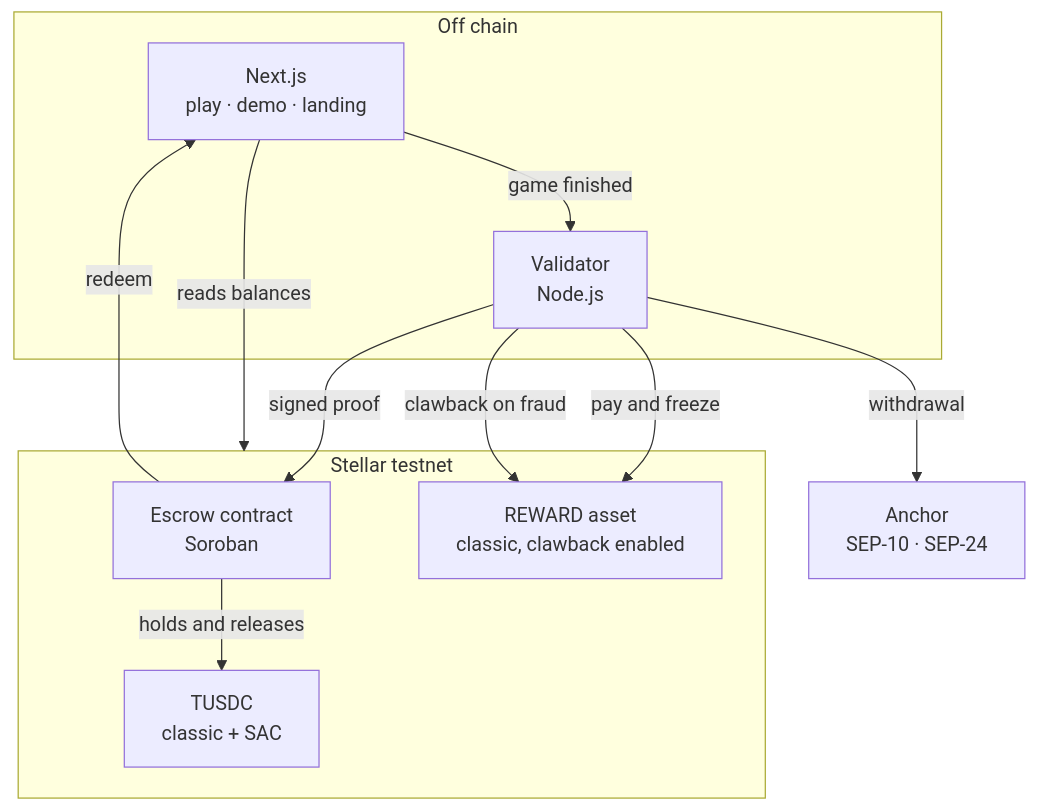
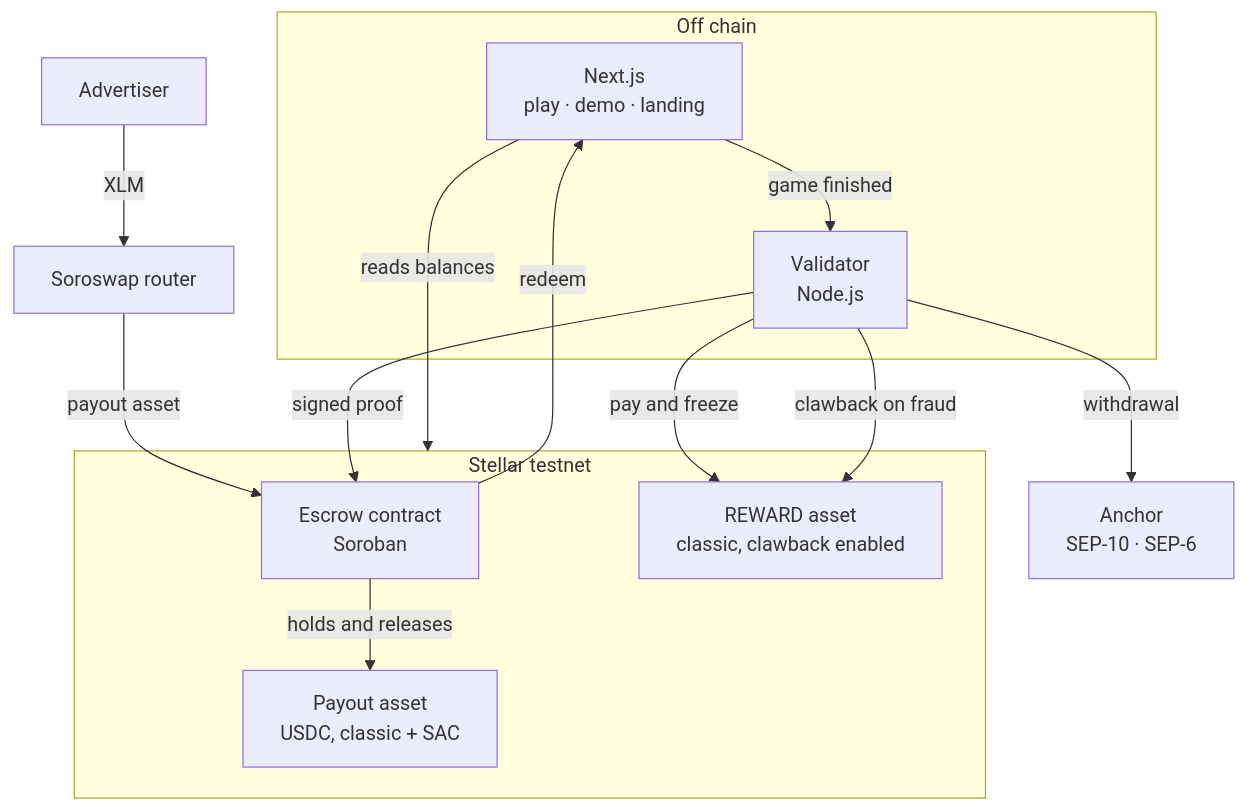
The diagram in README.md (sezermzgl/rewardrail), drawn with Mermaid before and after one commit. The commit also changed other lines of this file and 5 other files, not shown here.

Commit message:
soroswap: fund a campaign in XLM and route it to the payout asset

````diff
--- a/README.md
+++ b/README.md
@@ -56,22 +56,25 @@
 ```mermaid
 flowchart TD
   subgraph offchain[Off chain]
     WEB[Next.js<br/>play · demo · landing]
     VAL[Validator<br/>Node.js]
   end
   subgraph chain[Stellar testnet]
     ESC[Escrow contract<br/>Soroban]
     REW[REWARD asset<br/>classic, clawback enabled]
-    USD[TUSDC<br/>classic + SAC]
+    USD[Payout asset<br/>USDC, classic + SAC]
   end
-  ANCH[Anchor<br/>SEP-10 · SEP-24]
+  ANCH[Anchor<br/>SEP-10 · SEP-6]
+  DEX[Soroswap router]
 
+  ADV[Advertiser] -->|XLM| DEX
+  DEX -->|payout asset| ESC
   WEB -->|game finished| VAL
   VAL -->|signed proof| ESC
   VAL -->|pay and freeze| REW
   VAL -->|clawback on fraud| REW
   ESC -->|holds and releases| USD
   ESC -->|redeem| WEB
   VAL -->|withdrawal| ANCH
   WEB -->|reads balances| chain
 ```
````
